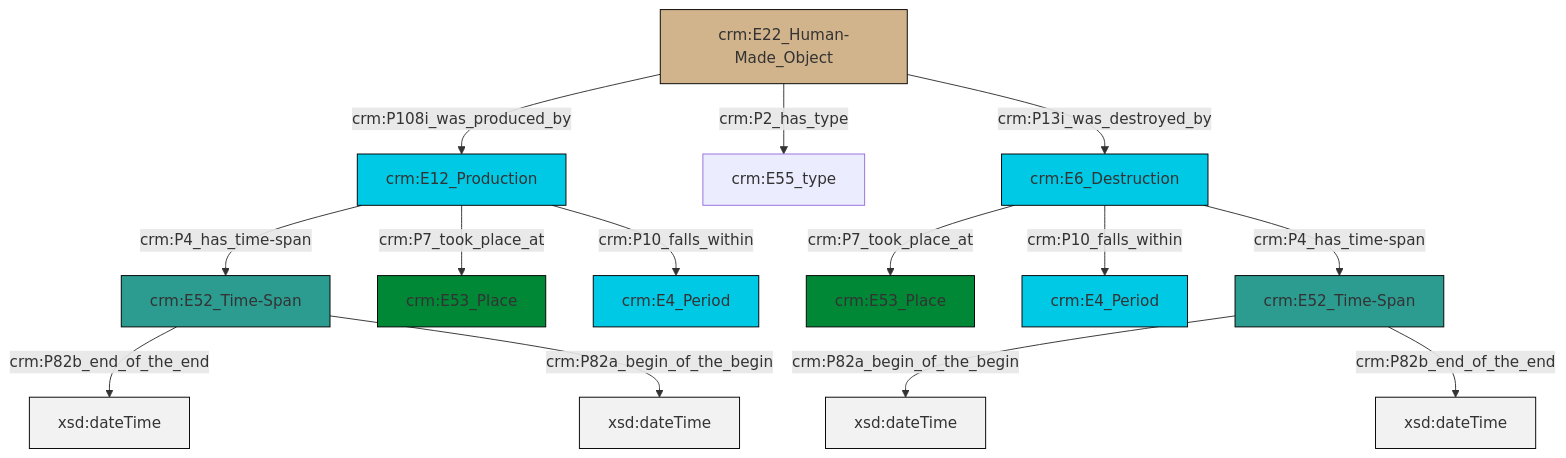
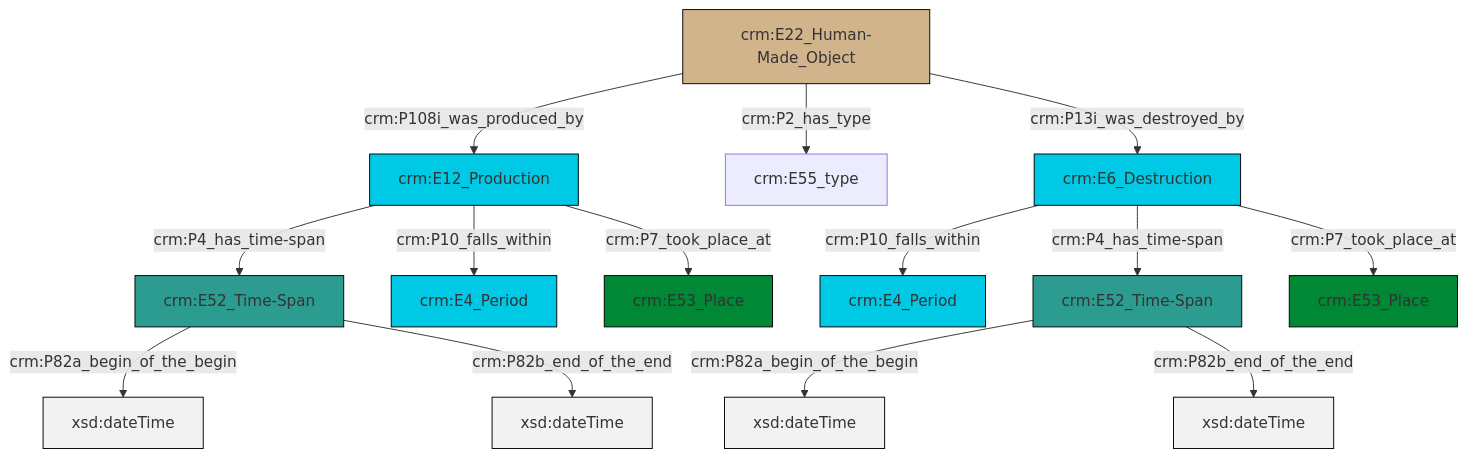
The diagram in et/builtWorkCSV/ttl/mmd/Built_Work_existence.ttl.mmd (swiss-art-research-net/docs.swissartresearch), drawn with Mermaid before and after one commit. The commit also changed 181 other files, not shown here.

```diff
--- a/et/builtWorkCSV/ttl/mmd/Built_Work_existence.ttl.mmd
+++ b/et/builtWorkCSV/ttl/mmd/Built_Work_existence.ttl.mmd
@@ -1,28 +1,28 @@
 graph TD
 classDef Literal fill:#f2f2f2,stroke:#000000;
 classDef CRM_Entity fill:#FFFFFF,stroke:#000000;
 classDef Temporal_Entity fill:#00C9E6, stroke:#000000;
 classDef Type fill:#E18312, stroke:#000000;
 classDef Time-Span fill:#2C9C91, stroke:#000000;
 classDef Appellation fill:#FFEB7F, stroke:#000000;
 classDef Place fill:#008836, stroke:#000000;
 classDef Persistent_Item fill:#B266B2, stroke:#000000;
 classDef Conceptual_Object fill:#FFD700, stroke:#000000;
 classDef Physical_Thing fill:#D2B48C, stroke:#000000;
 classDef Actor fill:#f58aad, stroke:#000000;
 classDef PC_Classes fill:#4ce600, stroke:#000000;
 classDef Multi fill:#cccccc,stroke:#000000;
 
-0["crm:E6_Destruction"]:::Temporal_Entity -->|crm:P7_took_place_at| 1["crm:E53_Place"]:::Place
 2["crm:E22_Human-Made_Object"]:::Physical_Thing -->|crm:P108i_was_produced_by| 3["crm:E12_Production"]:::Temporal_Entity
-8["crm:E52_Time-Span"]:::Time-Span -->|crm:P82a_begin_of_the_begin| 9[xsd:dateTime]:::Literal
-3["crm:E12_Production"]:::Temporal_Entity -->|crm:P4_has_time-span| 12["crm:E52_Time-Span"]:::Time-Span
-8["crm:E52_Time-Span"]:::Time-Span -->|crm:P82b_end_of_the_end| 13[xsd:dateTime]:::Literal
-2["crm:E22_Human-Made_Object"]:::Physical_Thing -->|crm:P2_has_type| 14["crm:E55_type"]:::Default
-2["crm:E22_Human-Made_Object"]:::Physical_Thing -->|crm:P13i_was_destroyed_by| 0["crm:E6_Destruction"]:::Temporal_Entity
-3["crm:E12_Production"]:::Temporal_Entity -->|crm:P7_took_place_at| 10["crm:E53_Place"]:::Place
-3["crm:E12_Production"]:::Temporal_Entity -->|crm:P10_falls_within| 15["crm:E4_Period"]:::Temporal_Entity
-12["crm:E52_Time-Span"]:::Time-Span -->|crm:P82b_end_of_the_end| 16[xsd:dateTime]:::Literal
-12["crm:E52_Time-Span"]:::Time-Span -->|crm:P82a_begin_of_the_begin| 17[xsd:dateTime]:::Literal
-0["crm:E6_Destruction"]:::Temporal_Entity -->|crm:P10_falls_within| 19["crm:E4_Period"]:::Temporal_Entity
-0["crm:E6_Destruction"]:::Temporal_Entity -->|crm:P4_has_time-span| 8["crm:E52_Time-Span"]:::Time-Span
+3["crm:E12_Production"]:::Temporal_Entity -->|crm:P4_has_time-span| 4["crm:E52_Time-Span"]:::Time-Span
+4["crm:E52_Time-Span"]:::Time-Span -->|crm:P82a_begin_of_the_begin| 5[xsd:dateTime]:::Literal
+3["crm:E12_Production"]:::Temporal_Entity -->|crm:P10_falls_within| 6["crm:E4_Period"]:::Temporal_Entity
+2["crm:E22_Human-Made_Object"]:::Physical_Thing -->|crm:P2_has_type| 0["crm:E55_type"]:::Default
+2["crm:E22_Human-Made_Object"]:::Physical_Thing -->|crm:P13i_was_destroyed_by| 13["crm:E6_Destruction"]:::Temporal_Entity
+3["crm:E12_Production"]:::Temporal_Entity -->|crm:P7_took_place_at| 15["crm:E53_Place"]:::Place
+13["crm:E6_Destruction"]:::Temporal_Entity -->|crm:P10_falls_within| 16["crm:E4_Period"]:::Temporal_Entity
+9["crm:E52_Time-Span"]:::Time-Span -->|crm:P82a_begin_of_the_begin| 17[xsd:dateTime]:::Literal
+9["crm:E52_Time-Span"]:::Time-Span -->|crm:P82b_end_of_the_end| 19[xsd:dateTime]:::Literal
+13["crm:E6_Destruction"]:::Temporal_Entity -->|crm:P4_has_time-span| 9["crm:E52_Time-Span"]:::Time-Span
+13["crm:E6_Destruction"]:::Temporal_Entity -->|crm:P7_took_place_at| 11["crm:E53_Place"]:::Place
+4["crm:E52_Time-Span"]:::Time-Span -->|crm:P82b_end_of_the_end| 22[xsd:dateTime]:::Literal
```
